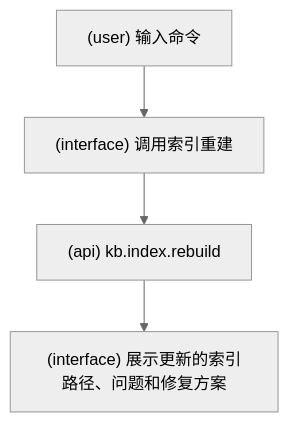
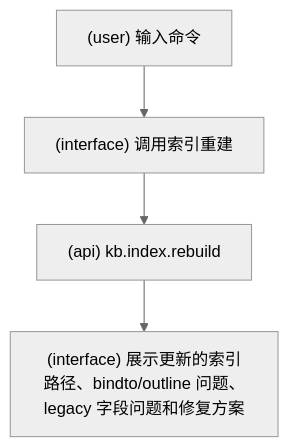
Before and after one commit to srangerme/KBManager: the second of 17 diagrams in docs/SlashCommand流程图.md, drawn with Mermaid (neutral theme). The commit also changed other lines of this file and 27 other files, not shown here.

````diff
--- a/docs/SlashCommand流程图.md
+++ b/docs/SlashCommand流程图.md
@@ -40,6 +62,6 @@
 ```mermaid
 flowchart TD
   A["(user) 输入命令"] --> B["(interface) 调用索引重建"]
   B --> C["(api) kb.index.rebuild"]
-  C --> D["(interface) 展示更新的索引路径、问题和修复方案"]
+  C --> D["(interface) 展示更新的索引路径、bindto/outline 问题、legacy 字段问题和修复方案"]
 ```
````
